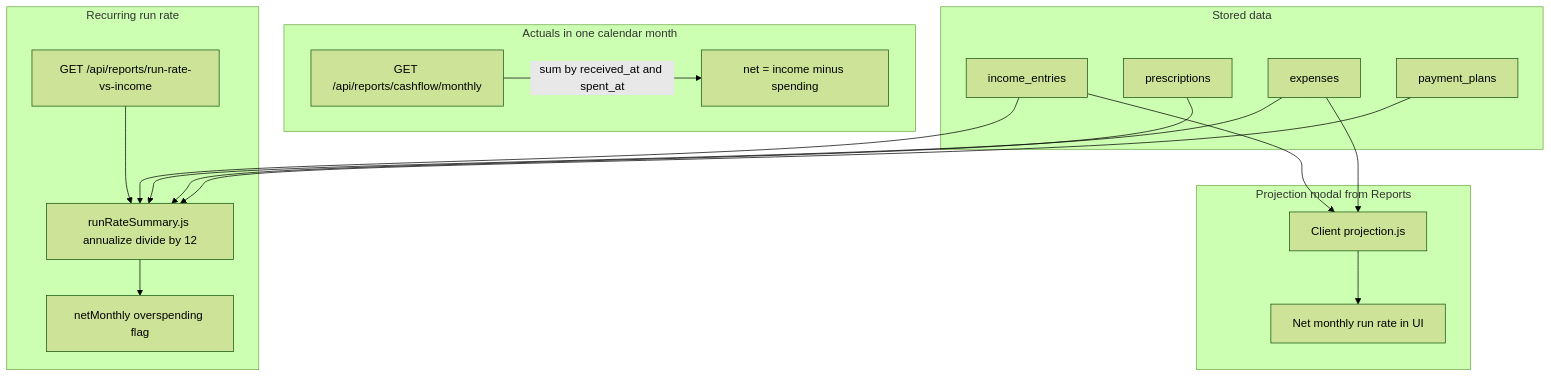
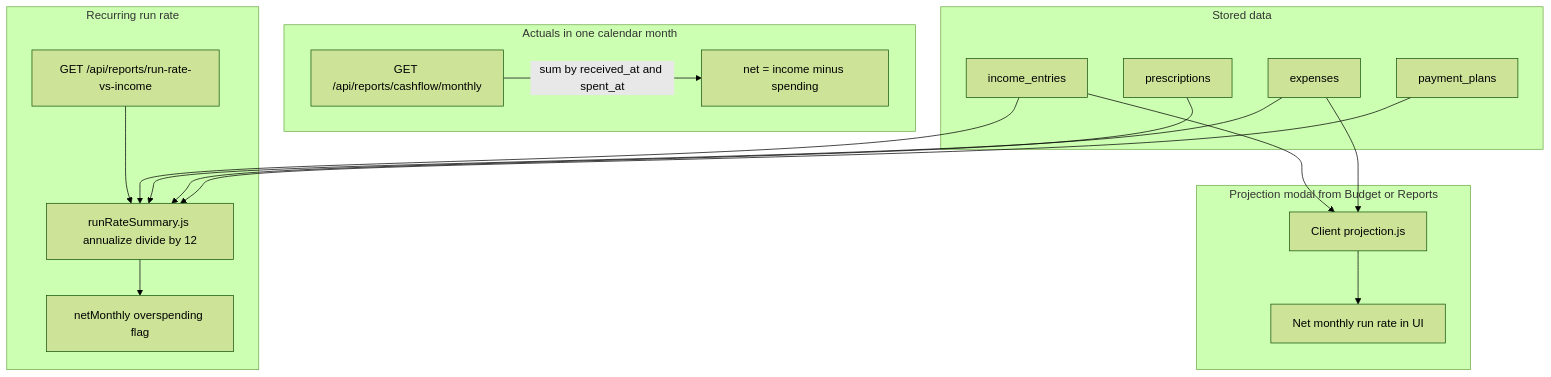
One commit to becomeonewiththecode/expense_tracker changed the diagram in docs/diagrams/income-vs-spend-overview.mmd. Above: the diagram before and after it, drawn with Mermaid (forest theme). The commit also changed 45 other files, not shown here.

```diff
--- a/docs/diagrams/income-vs-spend-overview.mmd
+++ b/docs/diagrams/income-vs-spend-overview.mmd
@@ -1,31 +1,31 @@
 %% Income versus spend: three comparison modes (Mermaid source for docs/INCOME_VS_SPEND.md)
 
 flowchart TB
   subgraph sources [Stored data]
     IE[income_entries]
     EX[expenses]
     PR[prescriptions]
     PP[payment_plans]
   end
 
   subgraph modeA [Actuals in one calendar month]
     CF["GET /api/reports/cashflow/monthly"]
     CF -->|"sum by received_at and spent_at"| NET1[net = income minus spending]
   end
 
   subgraph modeB [Recurring run rate]
     RR["GET /api/reports/run-rate-vs-income"]
     RR --> RRlogic[runRateSummary.js annualize divide by 12]
     IE --> RRlogic
     EX --> RRlogic
     PR --> RRlogic
     PP --> RRlogic
     RRlogic --> NET2[netMonthly overspending flag]
   end
 
-  subgraph modeC [Projection modal from Reports]
+  subgraph modeC [Projection modal from Budget or Reports]
     PM[Client projection.js]
     IE --> PM
     EX --> PM
     PM --> NET3[Net monthly run rate in UI]
   end
```
